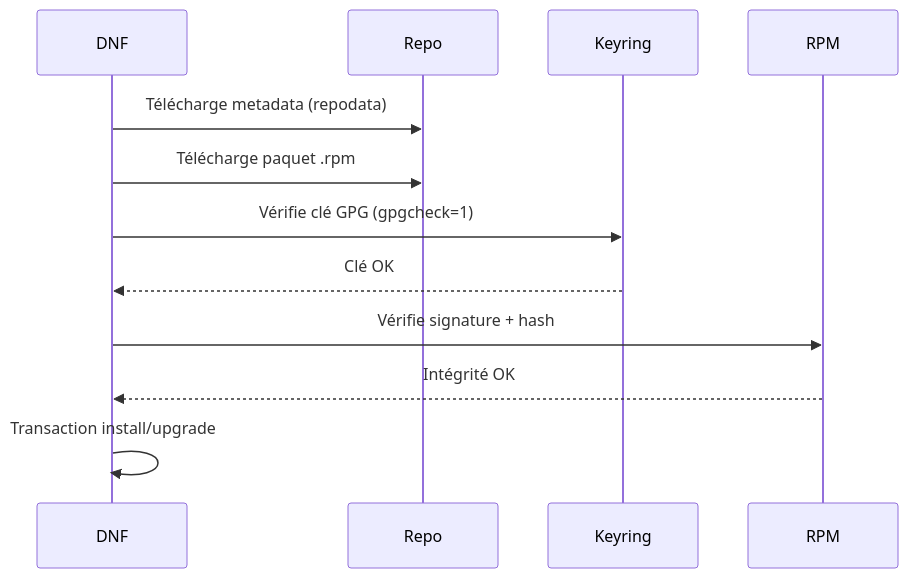
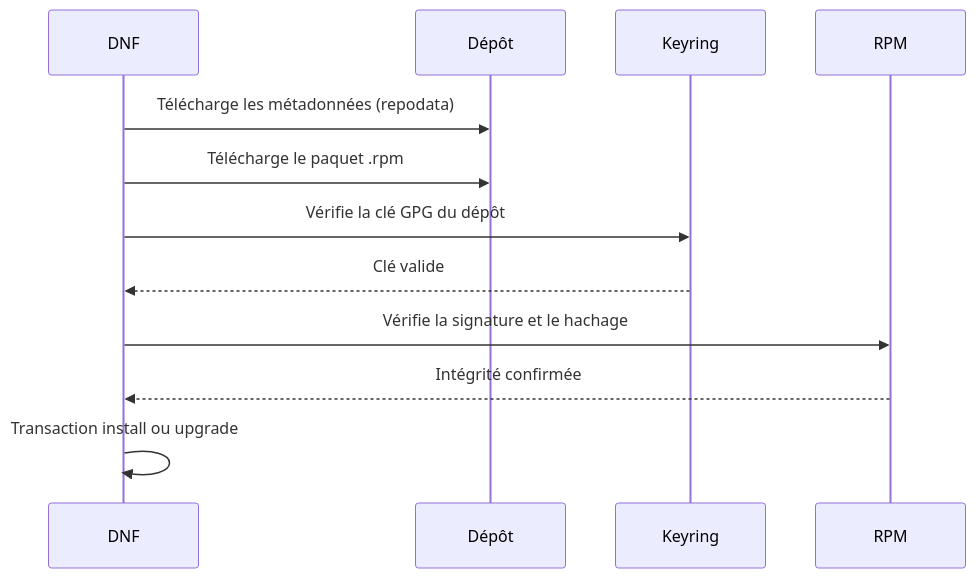
One commit to zyrass/omnydocs changed the second of 2 diagrams in docs/bases/paquets/dnf-rhel.md. Above: the diagram before and after it, drawn with Mermaid. The commit also changed other lines of this file and 671 other files, not shown here.

````diff
--- a/docs/bases/paquets/dnf-rhel.md
+++ b/docs/bases/paquets/dnf-rhel.md
@@ -256,15 +265,15 @@
 ```mermaid
 sequenceDiagram
     participant DNF
-    participant Repo
+    participant Dépôt
     participant Keyring
     participant RPM
 
-    DNF->>Repo: Télécharge metadata (repodata)
-    DNF->>Repo: Télécharge paquet .rpm
-    DNF->>Keyring: Vérifie clé GPG (gpgcheck=1)
-    Keyring-->>DNF: Clé OK
-    DNF->>RPM: Vérifie signature + hash
-    RPM-->>DNF: Intégrité OK
-    DNF->>DNF: Transaction install/upgrade
+    DNF->>Dépôt: Télécharge les métadonnées (repodata)
+    DNF->>Dépôt: Télécharge le paquet .rpm
+    DNF->>Keyring: Vérifie la clé GPG du dépôt
+    Keyring-->>DNF: Clé valide
+    DNF->>RPM: Vérifie la signature et le hachage
+    RPM-->>DNF: Intégrité confirmée
+    DNF->>DNF: Transaction install ou upgrade
 ```
````
